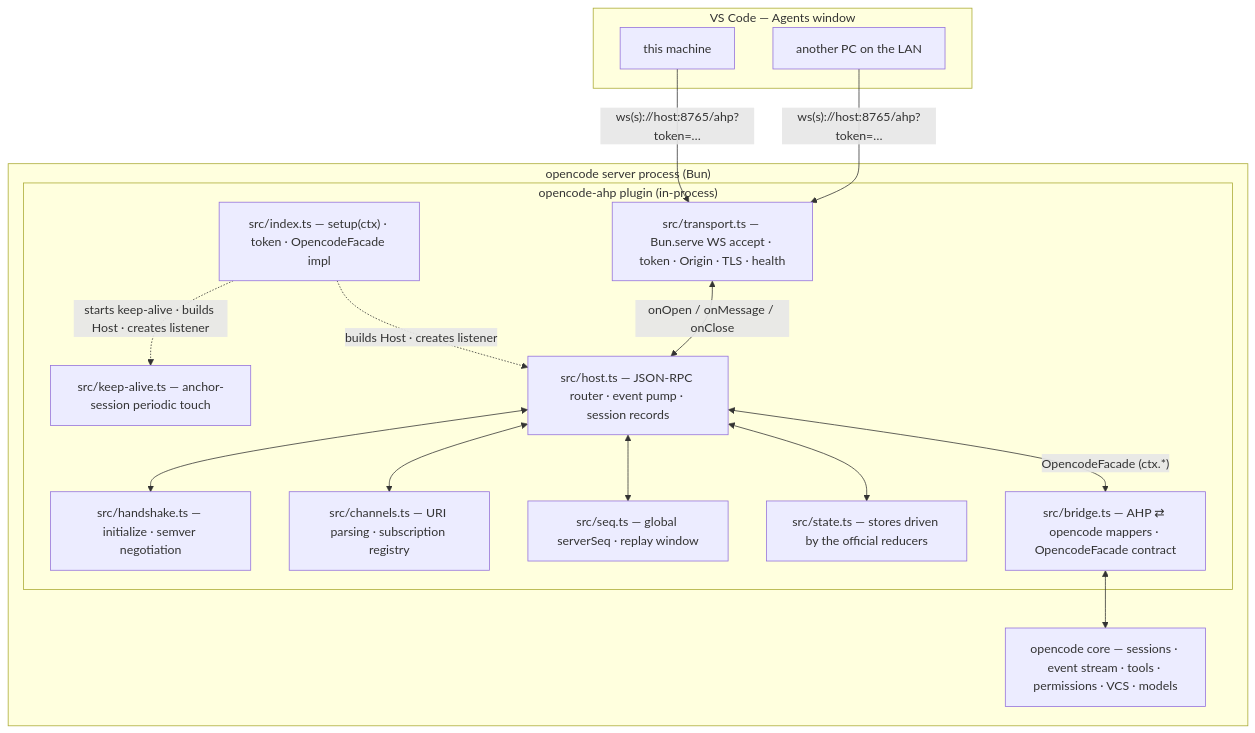
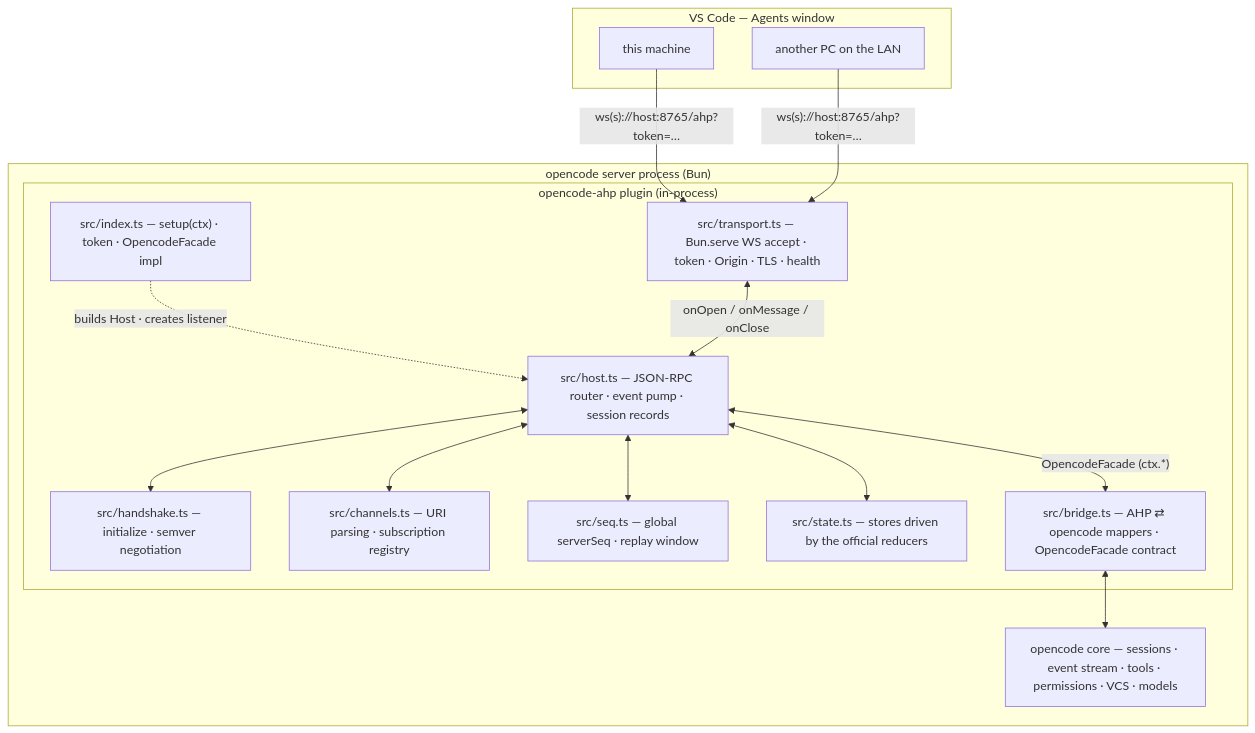
Before and after one commit to mattzink/opencode-ahp: the first of 4 diagrams in docs/design.md, drawn with Mermaid. The commit also changed other lines of this file and 12 other files, not shown here.

First line of the commit message:
Remove location keep-alive support

````diff
--- a/docs/design.md
+++ b/docs/design.md
@@ -86,34 +86,32 @@
 ```mermaid
 flowchart TB
     subgraph clients["VS Code — Agents window"]
         A1["this machine"]
         A2["another PC on the LAN"]
     end
 
     subgraph proc["opencode server process (Bun)"]
         subgraph plugin["opencode-ahp plugin (in-process)"]
-            KA["src/keep-alive.ts — anchor-session periodic touch"]
             ENTRY["src/index.ts — setup(ctx) · token · OpencodeFacade impl"]
             TR["src/transport.ts — Bun.serve WS accept · token · Origin · TLS · health"]
             HS["src/handshake.ts — initialize · semver negotiation"]
             HOST["src/host.ts — JSON-RPC router · event pump · session records"]
             CH["src/channels.ts — URI parsing · subscription registry"]
             SQ["src/seq.ts — global serverSeq · replay window"]
             ST["src/state.ts — stores driven by the official reducers"]
             BR["src/bridge.ts — AHP ⇄ opencode mappers · OpencodeFacade contract"]
         end
         CORE["opencode core — sessions · event stream · tools · permissions · VCS · models"]
     end
 
     A1 -- "ws(s)://host:8765/ahp?token=…" --> TR
     A2 -- "ws(s)://host:8765/ahp?token=…" --> TR
-    ENTRY -. "starts keep-alive · builds Host · creates listener" .-> KA
     ENTRY -. "builds Host · creates listener" .-> HOST
     TR <-->|"onOpen / onMessage / onClose"| HOST
     HOST <--> HS
     HOST <--> CH
     HOST <--> SQ
     HOST <--> ST
     HOST <-->|"OpencodeFacade (ctx.*)"| BR
     BR <--> CORE
 ```
````
